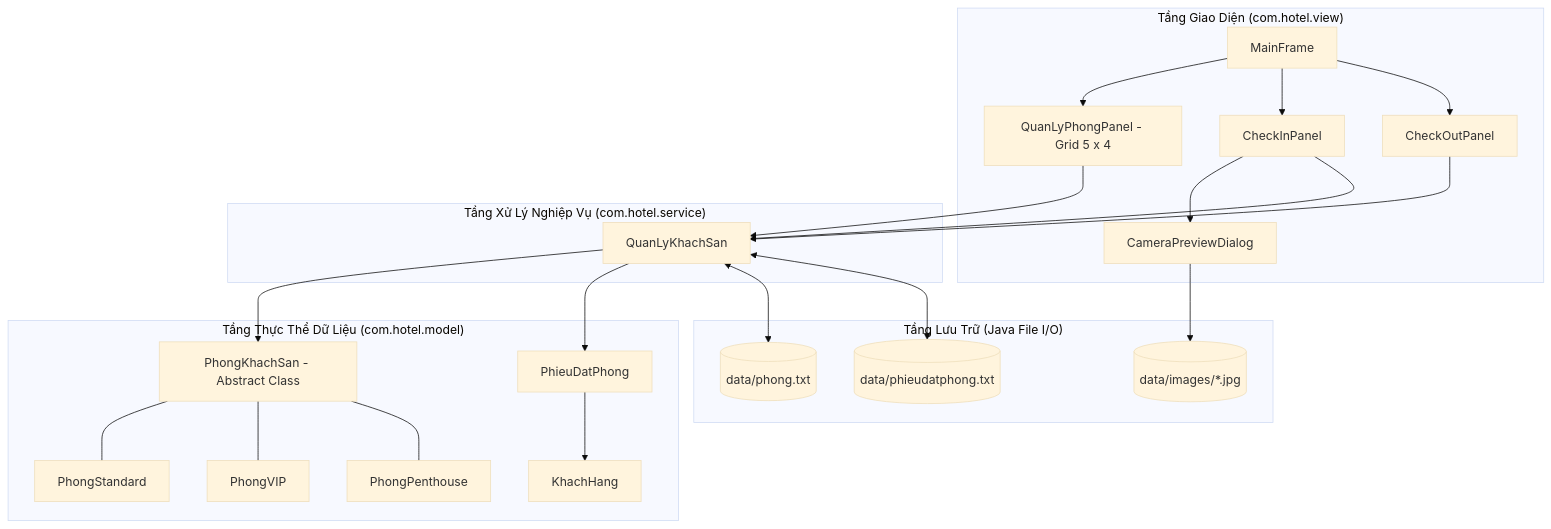
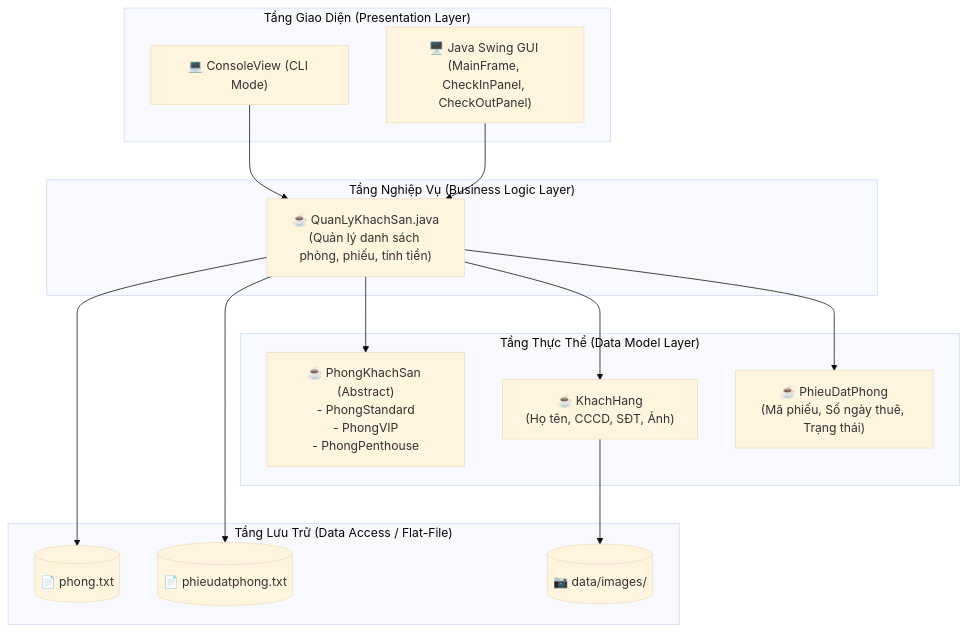
One commit to NNTTuan/HotelBookingSystem changed the diagram in docs/diagrams/architecture.mmd. Above: the diagram before and after it, drawn with Mermaid (base theme). The commit also changed 7 other files, not shown here.

```diff
--- a/docs/diagrams/architecture.mmd
+++ b/docs/diagrams/architecture.mmd
@@ -1,49 +1,30 @@
-flowchart TD
-    subgraph ViewLayer ["Tầng Giao Diện (com.hotel.view)"]
-        MF["MainFrame"]
-        QLP["QuanLyPhongPanel - Grid 5 x 4"]
-        CIP["CheckInPanel"]
-        COP["CheckOutPanel"]
-        CAM_DLG["CameraPreviewDialog"]
+graph TD
+    subgraph Client ["Tầng Giao Diện (Presentation Layer)"]
+        CLI["💻 ConsoleView (CLI Mode)"]
+        GUI["🖥️ Java Swing GUI (MainFrame, CheckInPanel, CheckOutPanel)"]
     end
 
-    subgraph ServiceLayer ["Tầng Xử Lý Nghiệp Vụ (com.hotel.service)"]
-        QLKS["QuanLyKhachSan"]
+    subgraph Service ["Tầng Nghiệp Vụ (Business Logic Layer)"]
+        QLKS["☕ QuanLyKhachSan.java<br/>(Quản lý danh sách phòng, phiếu, tính tiền)"]
     end
 
-    subgraph ModelLayer ["Tầng Thực Thể Dữ Liệu (com.hotel.model)"]
-        PKS["PhongKhachSan - Abstract Class"]
-        STD["PhongStandard"]
-        VIP["PhongVIP"]
-        PNT["PhongPenthouse"]
-        KH["KhachHang"]
-        PDP["PhieuDatPhong"]
+    subgraph Model ["Tầng Thực Thể (Data Model Layer)"]
+        PH["☕ PhongKhachSan (Abstract)<br/>- PhongStandard<br/>- PhongVIP<br/>- PhongPenthouse"]
+        KH["☕ KhachHang<br/>(Họ tên, CCCD, SĐT, Ảnh)"]
+        PDP["☕ PhieuDatPhong<br/>(Mã phiếu, Số ngày thuê, Trạng thái)"]
     end
 
-    subgraph StorageLayer ["Tầng Lưu Trữ (Java File I/O)"]
-        TXT_PHONG[("data/phong.txt")]
-        TXT_PHIEU[("data/phieudatphong.txt")]
-        IMG_FOLDER[("data/images/*.jpg")]
-    end
+subgraph Storage ["Tầng Lưu Trữ (Data Access / Flat-File)"]
+F1[(📄 phong.txt)]
+F2[(📄 phieudatphong.txt)]
+F3[(📷 data/images/)]
+end
 
-    MF --> QLP
-    MF --> CIP
-    MF --> COP
-
-    CIP --> CAM_DLG
-
-    QLP --> QLKS
-    CIP --> QLKS
-    COP --> QLKS
-
-    QLKS --> PKS
-    QLKS --> PDP
-    PDP --> KH
-
-    PKS --- STD
-    PKS --- VIP
-    PKS --- PNT
-
-    QLKS <--> TXT_PHONG
-    QLKS <--> TXT_PHIEU
-    CAM_DLG --> IMG_FOLDER
+CLI --> QLKS
+GUI --> QLKS
+QLKS --> PH
+QLKS --> KH
+QLKS --> PDP
+QLKS --> F1
+QLKS --> F2
+KH --> F3
```
